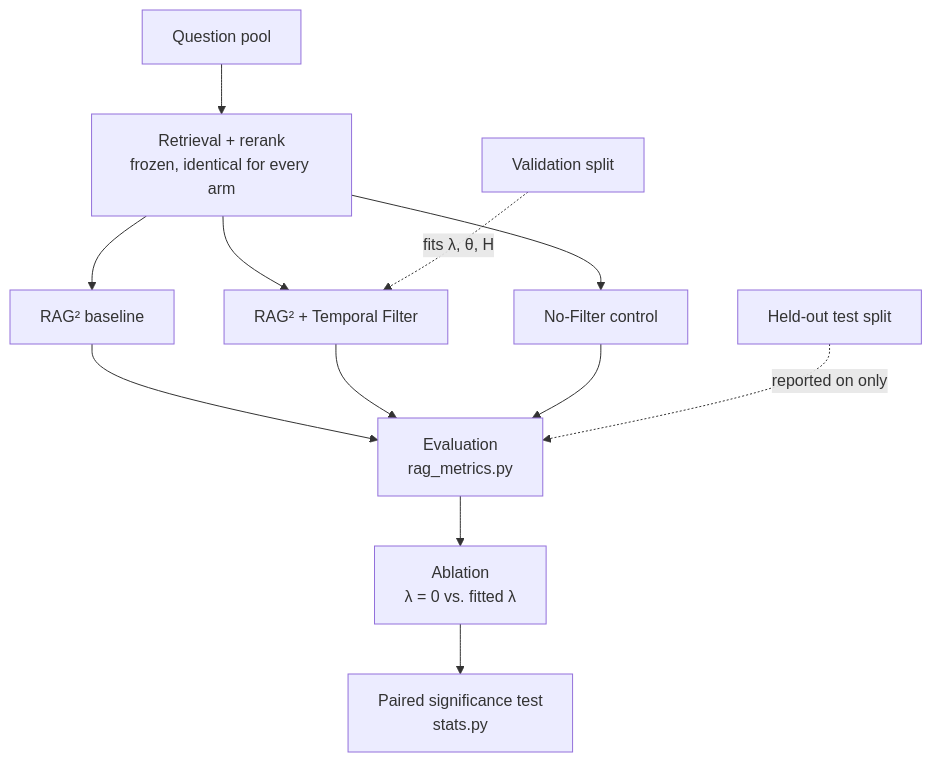
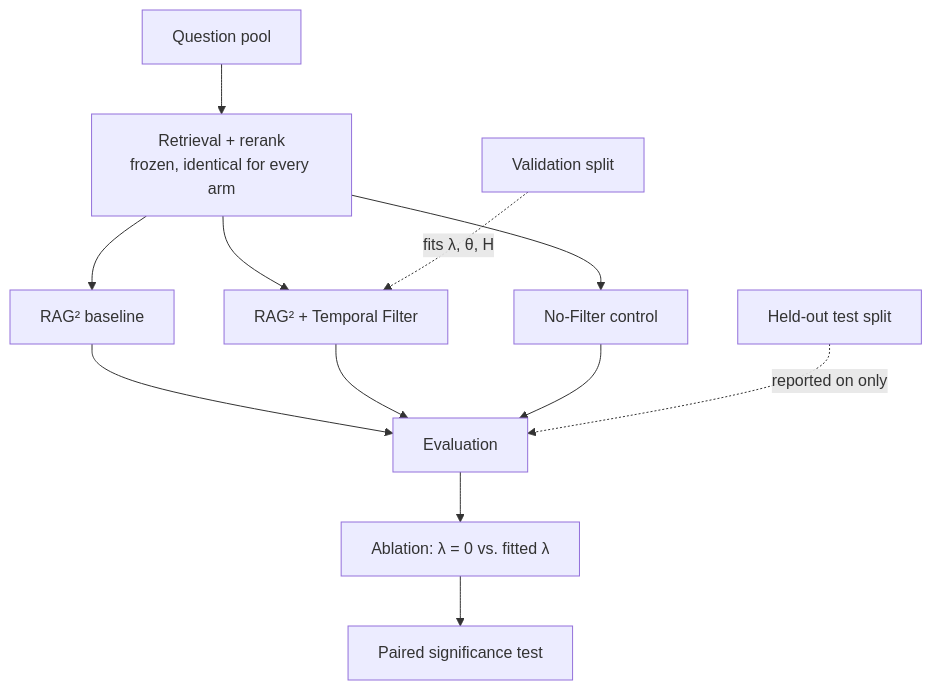
The diagram in README.md (MahwishZa/thesis_research), drawn with Mermaid before and after one commit. The commit also changed other lines of this file and 3 other files, not shown here.

````diff
--- a/README.md
+++ b/README.md
@@ -67,15 +60,15 @@
 ```mermaid
 flowchart TD
     Q[Question pool] --> R[Retrieval + rerank<br/>frozen, identical for every arm]
     R --> B[RAG² baseline]
     R --> P[RAG² + Temporal Filter]
     R --> N[No-Filter control]
-    B --> E[Evaluation<br/>rag_metrics.py]
+    B --> E[Evaluation]
     P --> E
     N --> E
-    E --> A[Ablation<br/>λ = 0 vs. fitted λ]
-    A --> S[Paired significance test<br/>stats.py]
+    E --> A[Ablation: λ = 0 vs. fitted λ]
+    A --> S[Paired significance test]
 
     V[Validation split] -. fits λ, θ, H .-> P
     T[Held-out test split] -. reported on only .-> E
 ```
````
